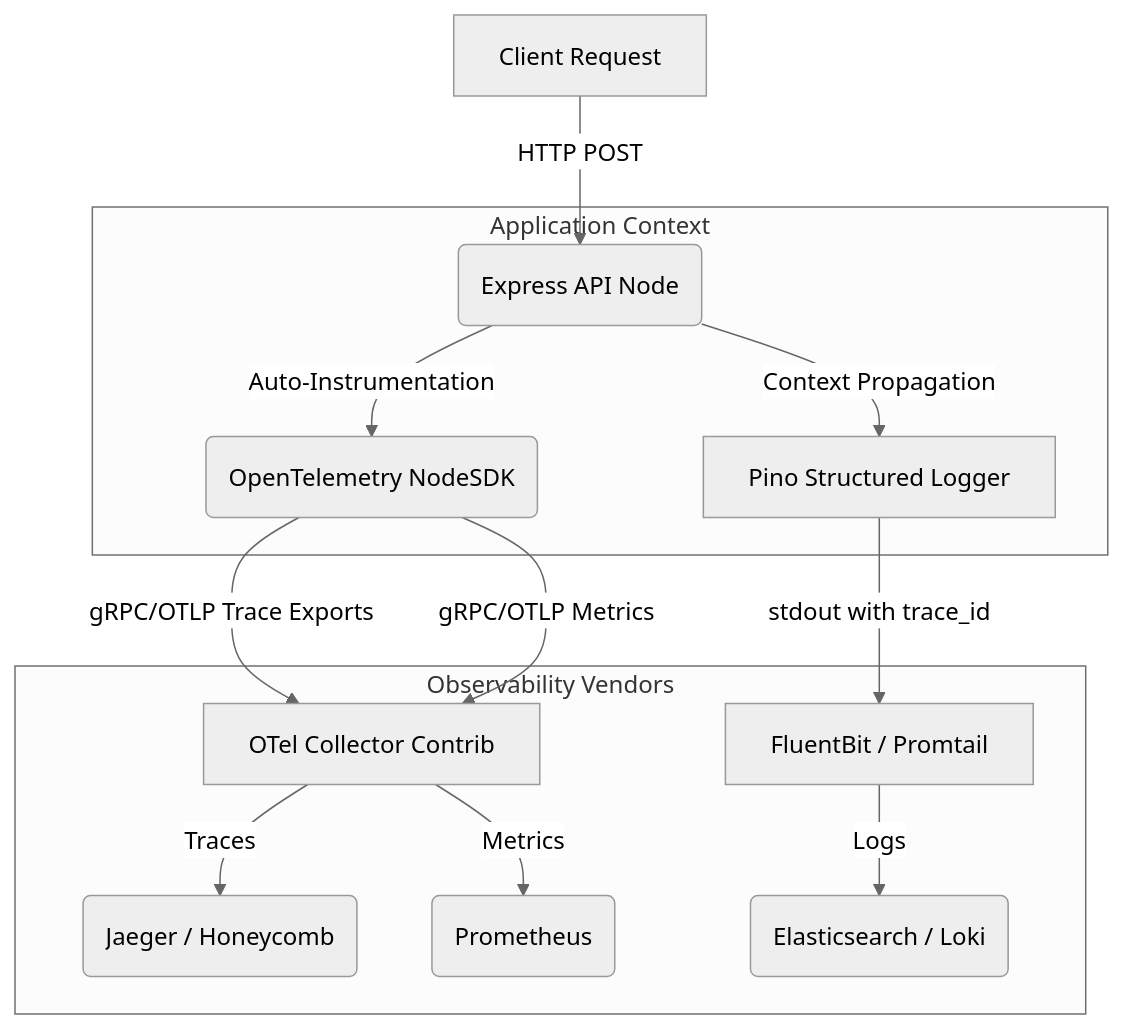
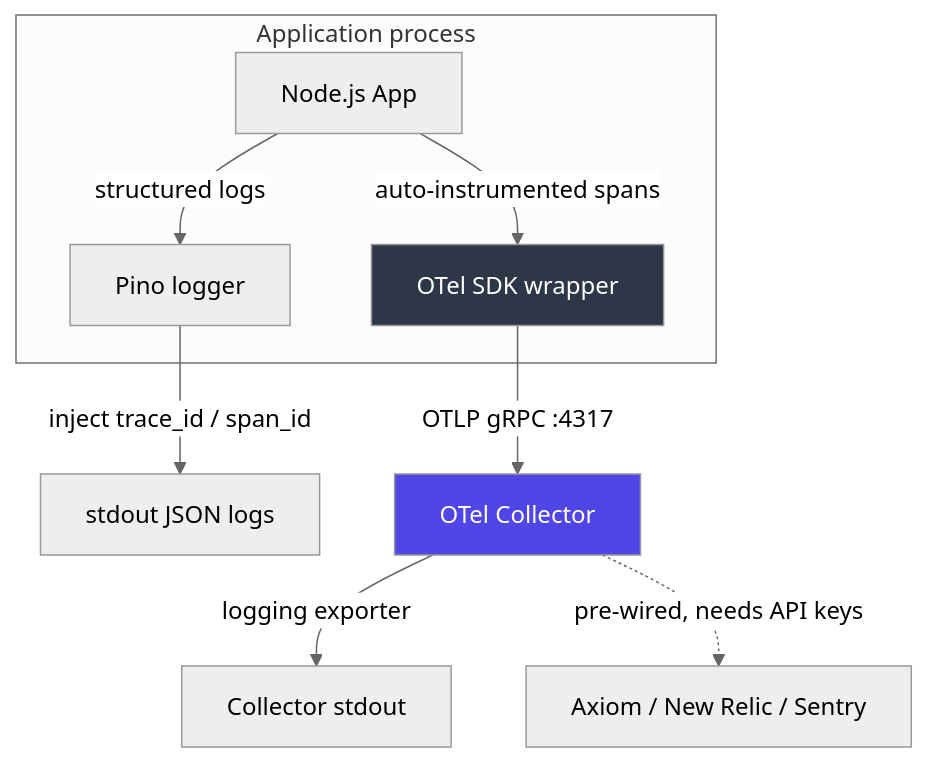
The diagram in src/pages/tracing-sdk.mdx (sudhanshu1402/system-design-portal), drawn with Mermaid (neutral theme) before and after one commit. The commit also changed other lines of this file and 5 other files, not shown here.

````diff
--- a/src/pages/tracing-sdk.mdx
+++ b/src/pages/tracing-sdk.mdx
@@ -7,19 +15,18 @@
 ```mermaid
-graph TD
-    Client[Client Request] --> |HTTP POST| API(Express API Node)
+graph TB
+    App[Node.js App] -->|auto-instrumented spans| SDK[OTel SDK wrapper]
+    App -->|structured logs| Logger[Pino logger]
+    Logger -->|inject trace_id / span_id| Out[stdout JSON logs]
+    SDK -->|OTLP gRPC :4317| Collector[OTel Collector]
+    Collector -->|logging exporter| Stdout[Collector stdout]
+    Collector -.->|pre-wired, needs API keys| Vendors[Axiom / New Relic / Sentry]
 
-    subgraph "Application Context"
-        API --> |Context Propagation| Logger[Pino Structured Logger]
-        API --> |Auto-Instrumentation| SDK(OpenTelemetry NodeSDK)
+    subgraph "Application process"
+        App
+        SDK
+        Logger
     end
 
-    SDK --> |gRPC/OTLP Trace Exports| Collector[OTel Collector Contrib]
-    SDK --> |gRPC/OTLP Metrics| Collector
-    Logger --> |stdout with trace_id| LogCollector[FluentBit / Promtail]
-
-    subgraph "Observability Vendors"
-        Collector --> |Traces| Jaeger(Jaeger / Honeycomb)
-        Collector --> |Metrics| Prom(Prometheus)
-        LogCollector --> |Logs| Elastic(Elasticsearch / Loki)
-    end
+    style SDK fill:#2d3748,color:#fff
+    style Collector fill:#4f46e5,color:#fff
 ```
````
